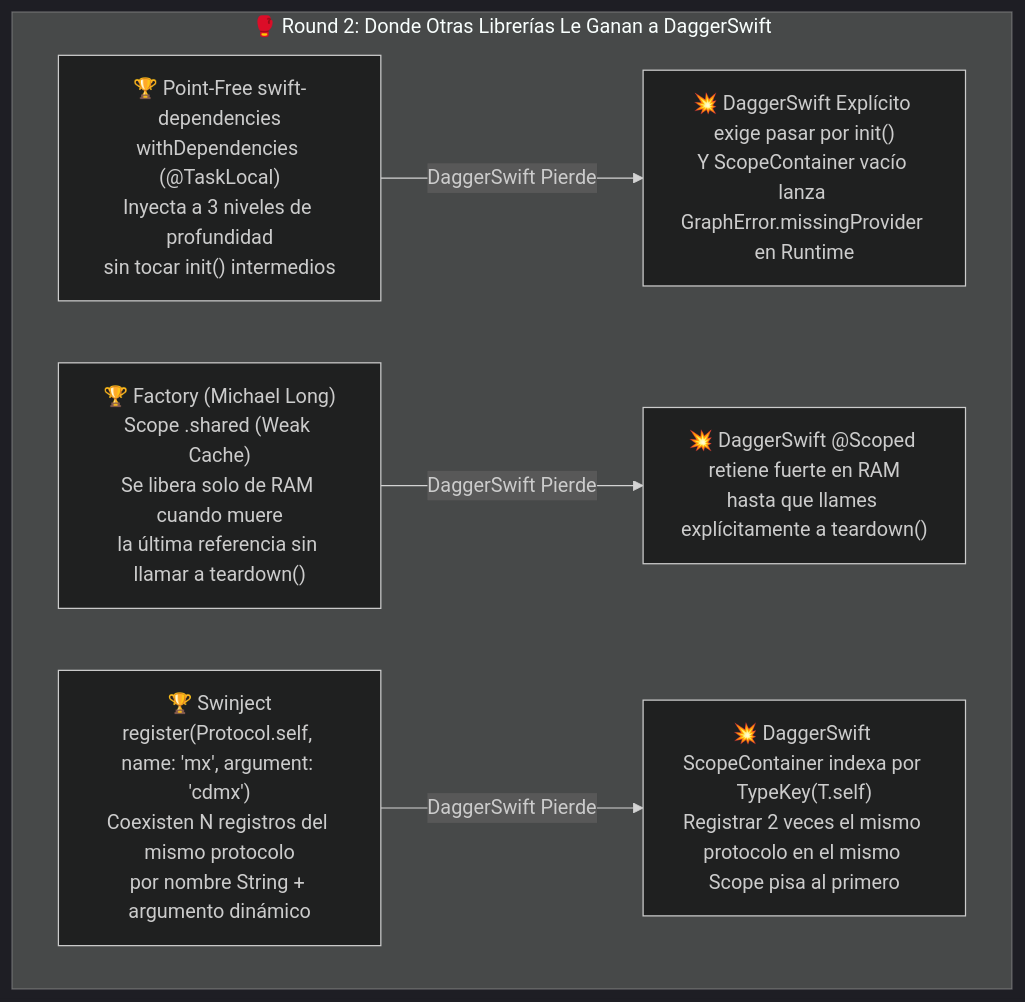
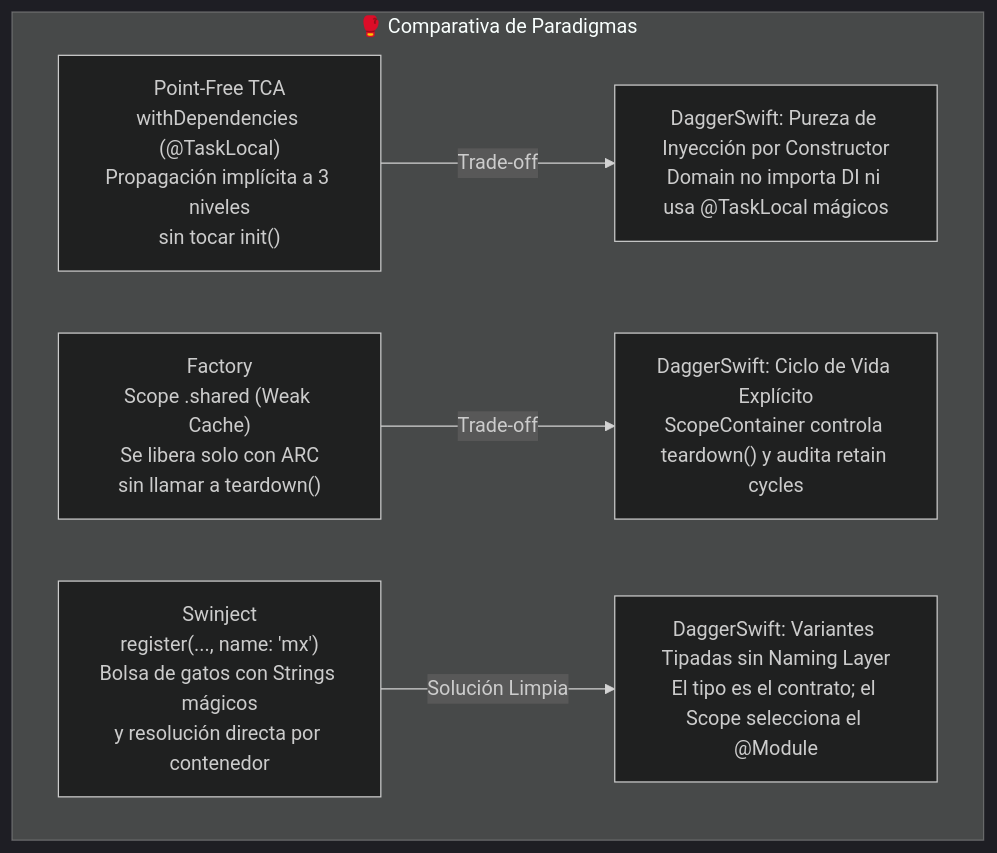
Before and after one commit to fsaldivar-dev/dagger-swift: the fifth of 5 diagrams in README.md, drawn with Mermaid (dark theme). The commit also changed other lines of this file and 2 other files, not shown here.

Commit message:
docs: refine capability matrix to evaluate Product Variants without naming layers and update benchmarks report

````diff
--- a/README.md
+++ b/README.md
@@ -600,8 +614,8 @@
 ```mermaid
 flowchart TD
-    subgraph Round2 ["🥊 Round 2: Donde Otras Librerías Le Ganan a DaggerSwift"]
-        PF["🏆 Point-Free swift-dependencies\nwithDependencies (@TaskLocal)\nInyecta a 3 niveles de profundidad\nsin tocar init() intermedios"] -->|"DaggerSwift Pierde"| D_PF["💥 DaggerSwift Explícito exige pasar por init()\nY ScopeContainer vacío lanza GraphError.missingProvider en Runtime"]
-        FAC["🏆 Factory (Michael Long)\nScope .shared (Weak Cache)\nSe libera solo de RAM cuando muere\nla última referencia sin llamar a teardown()"] -->|"DaggerSwift Pierde"| D_FAC["💥 DaggerSwift @Scoped retiene fuerte en RAM\nhasta que llames explícitamente a teardown()"]
-        SW["🏆 Swinject\nregister(Protocol.self, name: 'mx', argument: 'cdmx')\nCoexisten N registros del mismo protocolo\npor nombre String + argumento dinámico"] -->|"DaggerSwift Pierde"| D_SW["💥 DaggerSwift ScopeContainer indexa por TypeKey(T.self)\nRegistrar 2 veces el mismo protocolo en el mismo Scope pisa al primero"]
+    subgraph Round2 ["🥊 Comparativa de Paradigmas"]
+        PF["Point-Free TCA\nwithDependencies (@TaskLocal)\nPropagación implícita a 3 niveles\nsin tocar init()"] -->|"Trade-off"| D_PF["DaggerSwift: Pureza de Inyección por Constructor\nDomain no importa DI ni usa @TaskLocal mágicos"]
+        FAC["Factory\nScope .shared (Weak Cache)\nSe libera solo con ARC\nsin llamar a teardown()"] -->|"Trade-off"| D_FAC["DaggerSwift: Ciclo de Vida Explícito\nScopeContainer controla teardown() y audita retain cycles"]
+        SW["Swinject\nregister(..., name: 'mx')\nBolsa de gatos con Strings mágicos\ny resolución directa por contenedor"] -->|"Solución Limpia"| D_SW["DaggerSwift: Variantes Tipadas sin Naming Layer\nEl tipo es el contrato; el Scope selecciona el @Module"]
     end
 ```
````
